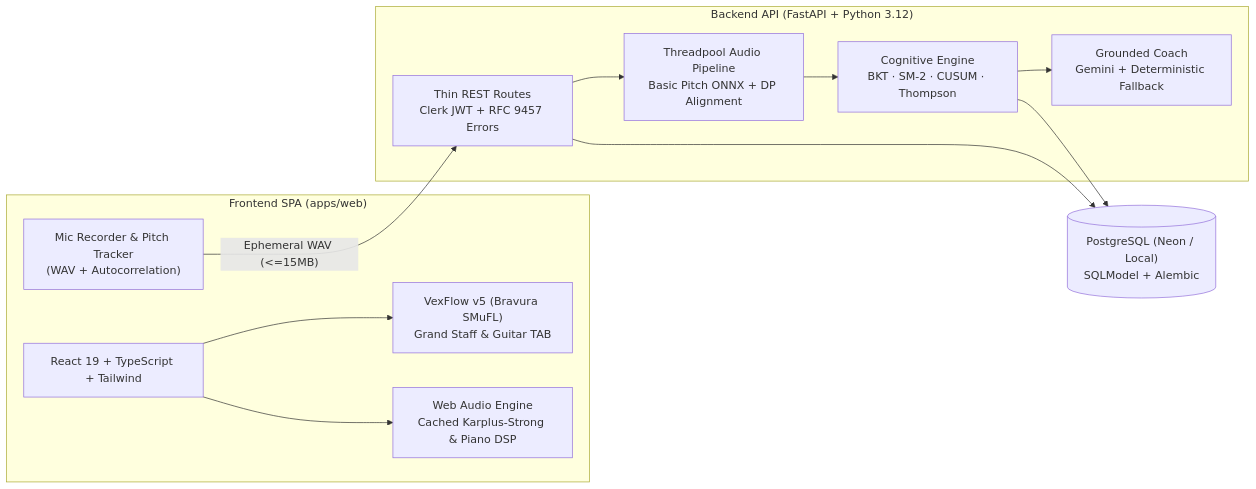
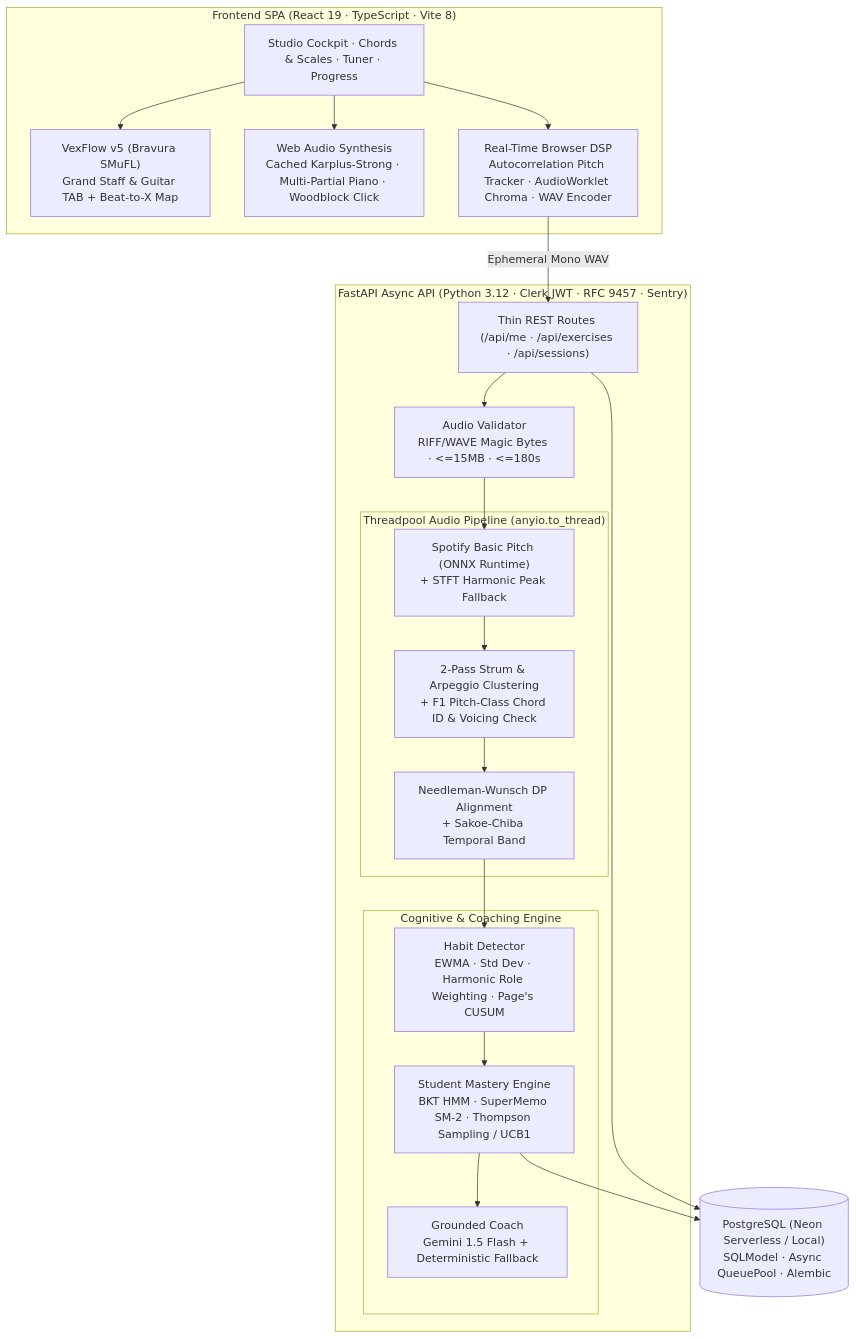
The diagram in README.md (Yashvir-13/Sonus), drawn with Mermaid before and after one commit. The commit also changed other lines of this file, not shown here.

First line of the commit message:
docs: expand README with full DSP, ML, cognitive, and system algorithms

````diff
--- a/README.md
+++ b/README.md
@@ -59,27 +45,35 @@
 ```mermaid
-flowchart LR
-    subgraph Web["Frontend SPA (apps/web)"]
-        UI["React 19 + TypeScript + Tailwind"]
-        VEX["VexFlow v5 (Bravura SMuFL)<br/>Grand Staff & Guitar TAB"]
-        AUDIO["Web Audio Engine<br/>Cached Karplus-Strong & Piano DSP"]
-        MIC["Mic Recorder & Pitch Tracker<br/>(WAV + Autocorrelation)"]
+flowchart TB
+    subgraph Client["Frontend SPA (React 19 · TypeScript · Vite 8)"]
+        UI["Studio Cockpit · Chords & Scales · Tuner · Progress"]
+        VEX["VexFlow v5 (Bravura SMuFL)<br/>Grand Staff & Guitar TAB + Beat-to-X Map"]
+        SYNTH["Web Audio Synthesis<br/>Cached Karplus-Strong · Multi-Partial Piano · Woodblock Click"]
+        DSP["Real-Time Browser DSP<br/>Autocorrelation Pitch Tracker · AudioWorklet Chroma · WAV Encoder"]
     end
 
-    subgraph API["Backend API (FastAPI + Python 3.12)"]
-        ROUTES["Thin REST Routes<br/>Clerk JWT + RFC 9457 Errors"]
-        ML["Threadpool Audio Pipeline<br/>Basic Pitch ONNX + DP Alignment"]
-        COG["Cognitive Engine<br/>BKT · SM-2 · CUSUM · Thompson"]
-        COACH["Grounded Coach<br/>Gemini + Deterministic Fallback"]
+    subgraph Backend["FastAPI Async API (Python 3.12 · Clerk JWT · RFC 9457 · Sentry)"]
+        ROUTES["Thin REST Routes (/api/me · /api/exercises · /api/sessions)"]
+        VAL["Audio Validator<br/>RIFF/WAVE Magic Bytes · <=15MB · <=180s"]
+        subgraph ML["Threadpool Audio Pipeline (anyio.to_thread)"]
+            BP["Spotify Basic Pitch (ONNX Runtime)<br/>+ STFT Harmonic Peak Fallback"]
+            CLUS["2-Pass Strum & Arpeggio Clustering<br/>+ F1 Pitch-Class Chord ID & Voicing Check"]
+            ALIGN["Needleman-Wunsch DP Alignment<br/>+ Sakoe-Chiba Temporal Band"]
+        end
+        subgraph COG["Cognitive & Coaching Engine"]
+            HABIT["Habit Detector<br/>EWMA · Std Dev · Harmonic Role Weighting · Page's CUSUM"]
+            MAST["Student Mastery Engine<br/>BKT HMM · SuperMemo SM-2 · Thompson Sampling / UCB1"]
+            LLM["Grounded Coach<br/>Gemini 1.5 Flash + Deterministic Fallback"]
+        end
     end
 
-    DB[("PostgreSQL (Neon / Local)<br/>SQLModel + Alembic")]
+    DB[("PostgreSQL (Neon Serverless / Local)<br/>SQLModel · Async QueuePool · Alembic")]
 
     UI --> VEX
-    UI --> AUDIO
-    MIC -->|"Ephemeral WAV (<=15MB)"| ROUTES
-    ROUTES --> ML
-    ML --> COG
-    COG --> COACH
+    UI --> SYNTH
+    UI --> DSP
+    DSP -->|"Ephemeral Mono WAV"| ROUTES
+    ROUTES --> VAL --> BP --> CLUS --> ALIGN
+    ALIGN --> HABIT --> MAST --> LLM
+    MAST --> DB
     ROUTES --> DB
-    COG --> DB
 ```
````
